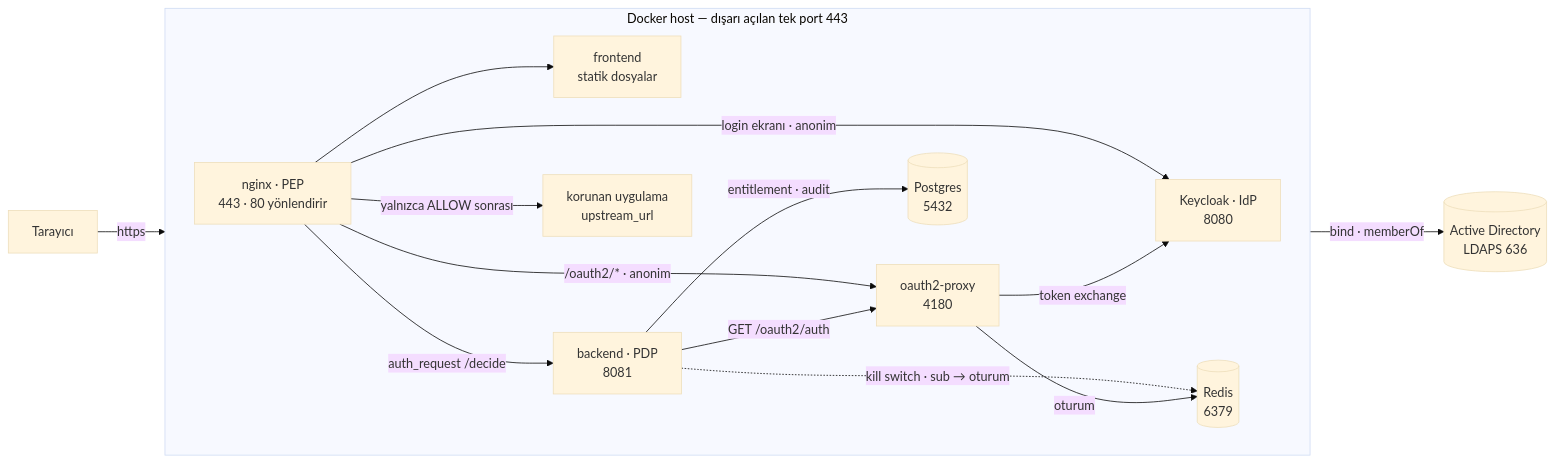
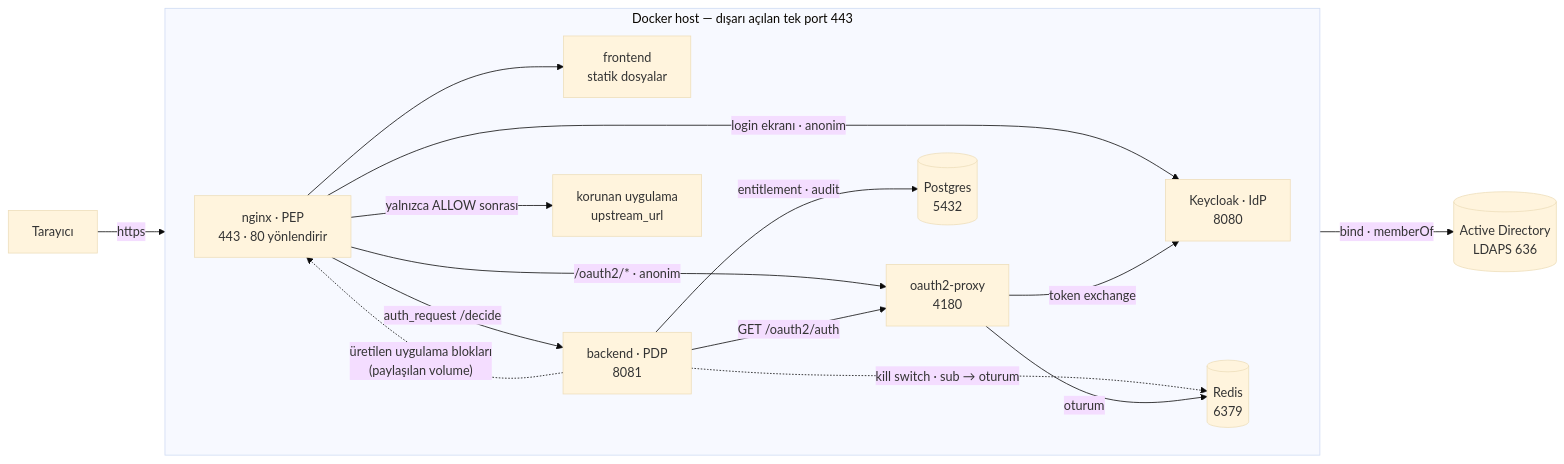
Before and after one commit to murat-akpinar/OpenBerat: the diagram in README_TR.md, drawn with Mermaid (base theme). The commit also changed other lines of this file and 2 other files, not shown here.

````diff
--- a/README_TR.md
+++ b/README_TR.md
@@ -45,31 +45,32 @@
 ```mermaid
 flowchart LR
     browser["Tarayıcı"]
 
     subgraph host["Docker host — dışarı açılan tek port 443"]
         direction LR
         nginx["nginx · PEP<br>443 · 80 yönlendirir"]
         frontend["frontend<br>statik dosyalar"]
         backend["backend · PDP<br>8081"]
         o2p["oauth2-proxy<br>4180"]
         kc["Keycloak · IdP<br>8080"]
         pg[("Postgres<br>5432")]
         redis[("Redis<br>6379")]
         app["korunan uygulama<br>upstream_url"]
     end
 
     ad[("Active Directory<br>LDAPS 636")]
 
     browser -->|https| nginx
     nginx --> frontend
     nginx -->|"auth_request /decide"| backend
     nginx -->|"/oauth2/* · anonim"| o2p
     nginx -->|"login ekranı · anonim"| kc
     nginx -->|"yalnızca ALLOW sonrası"| app
     backend -->|"GET /oauth2/auth"| o2p
     backend -->|"entitlement · audit"| pg
     backend -.->|"kill switch · sub → oturum"| redis
+    backend -.->|"üretilen uygulama blokları<br>(paylaşılan volume)"| nginx
     o2p -->|oturum| redis
     o2p -->|"token exchange"| kc
     kc -->|"bind · memberOf"| ad
 ```
````
